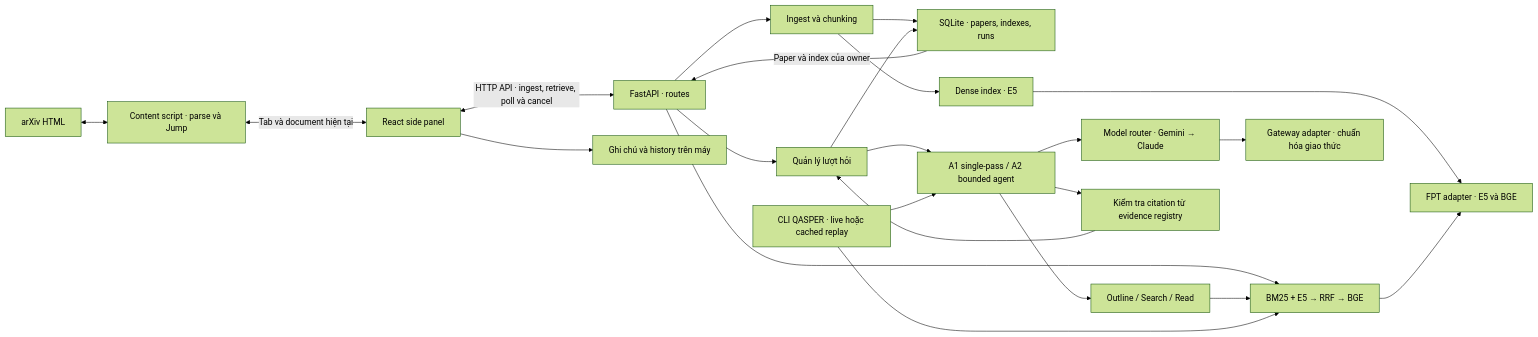
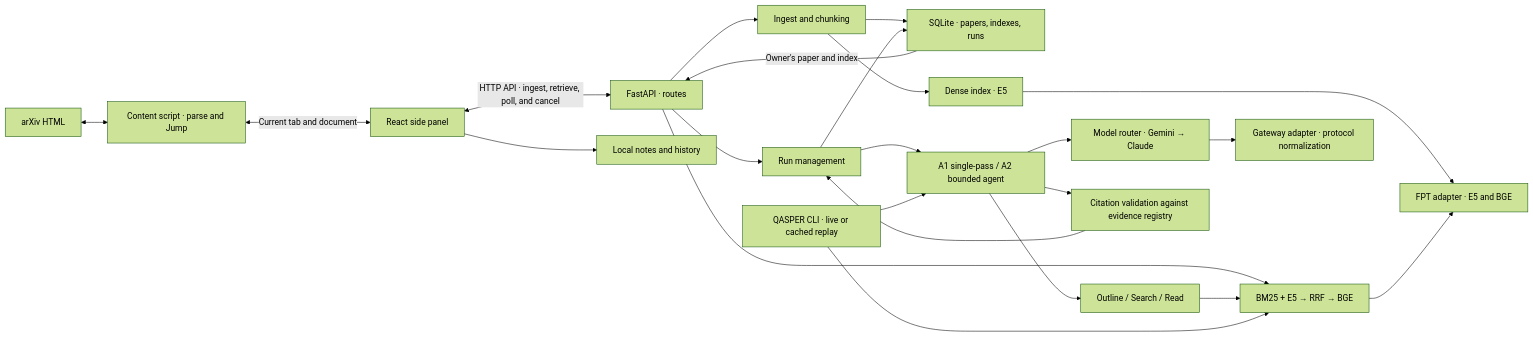
The diagram in docs/architecture.md (TruongDat05/paperlens), drawn with Mermaid (forest theme) before and after one commit. The commit also changed other lines of this file and 67 other files, not shown here.

````diff
--- a/docs/architecture.md
+++ b/docs/architecture.md
@@ -7,25 +7,25 @@
 ```mermaid
 flowchart LR
-    Page["arXiv HTML"] <--> DOM["Content script · parse và Jump"]
-    DOM <-->|Tab và document hiện tại| Panel["React side panel"]
-    Panel <-->|HTTP API · ingest, retrieve, poll và cancel| API["FastAPI · routes"]
-    Panel --> Local["Ghi chú và history trên máy"]
-    API --> Ingest["Ingest và chunking"]
+    Page["arXiv HTML"] <--> DOM["Content script · parse and Jump"]
+    DOM <-->|Current tab and document| Panel["React side panel"]
+    Panel <-->|HTTP API · ingest, retrieve, poll, and cancel| API["FastAPI · routes"]
+    Panel --> Local["Local notes and history"]
+    API --> Ingest["Ingest and chunking"]
     Ingest --> Store["SQLite · papers, indexes, runs"]
-    Store -->|Paper và index của owner| API
-    API --> Runs["Quản lý lượt hỏi"]
+    Store -->|Owner's paper and index| API
+    API --> Runs["Run management"]
     API --> Retrieve["BM25 + E5 → RRF → BGE"]
     Runs --> Answer["A1 single-pass / A2 bounded agent"]
     Runs --> Store
     Answer --> Tools["Outline / Search / Read"]
     Tools --> Retrieve
     Ingest --> Dense["Dense index · E5"]
-    Dense --> FPT["FPT adapter · E5 và BGE"]
+    Dense --> FPT["FPT adapter · E5 and BGE"]
     Retrieve --> FPT
     Answer --> Router["Model router · Gemini → Claude"]
-    Router --> Gateway["Gateway adapter · chuẩn hóa giao thức"]
-    Answer --> Cite["Kiểm tra citation từ evidence registry"]
+    Router --> Gateway["Gateway adapter · protocol normalization"]
+    Answer --> Cite["Citation validation against evidence registry"]
     Cite --> Runs
-    QASPER["CLI QASPER · live hoặc cached replay"] --> Retrieve
+    QASPER["QASPER CLI · live or cached replay"] --> Retrieve
     QASPER --> Answer
 ```
````
